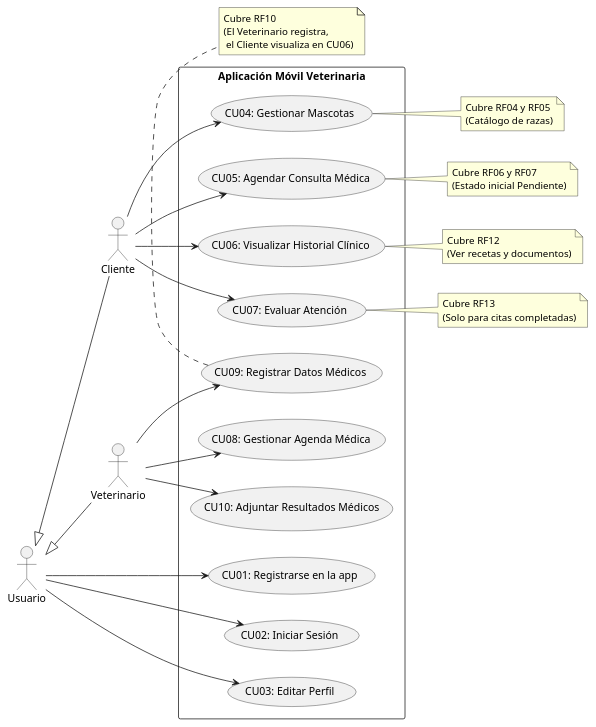
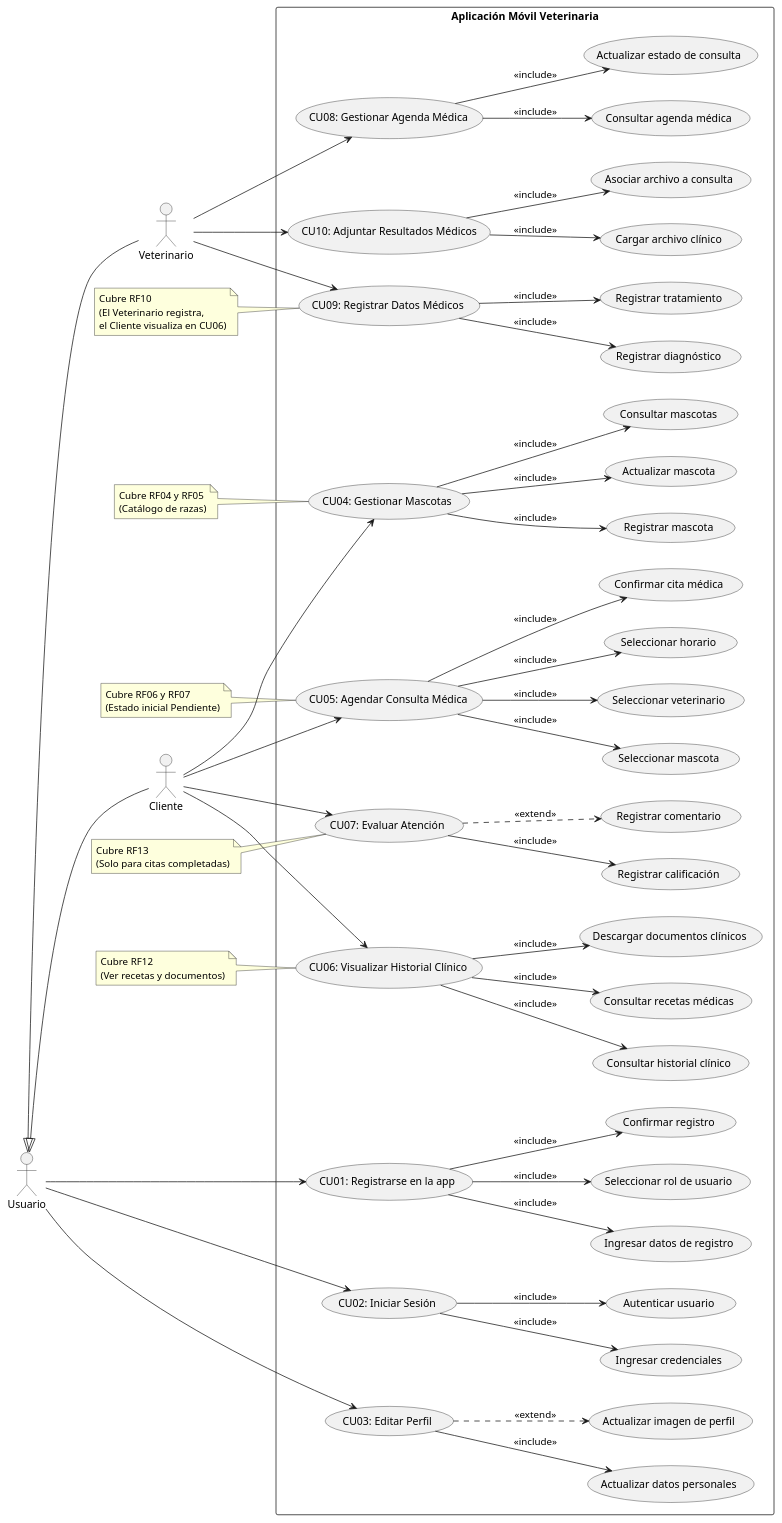
One commit to W1llpr0/prograMovil changed the diagram in use_cases_schema.puml. Above: the diagram before and after it, drawn with PlantUML.

Commit message:
diagrama caso de uso

```diff
--- a/use_cases_schema.puml
+++ b/use_cases_schema.puml
@@ -1,55 +1,145 @@
 @startuml
 left to right direction
 skinparam packageStyle rectangle
 
-' Definición de Actores
 actor "Usuario" as user
 actor "Cliente" as client
 actor "Veterinario" as vet
 
-' Herencia de Actores (Cliente y Veterinario son Usuarios)
 client -up-|> user
 vet -up-|> user
 
-' Sistema / Aplicación
 rectangle "Aplicación Móvil Veterinaria" {
   
-  ' Casos de Uso Comunes (Usuario general)
   usecase "CU01: Registrarse en la app" as UC1
   usecase "CU02: Iniciar Sesión" as UC2
   usecase "CU03: Editar Perfil" as UC3
   
-  ' Casos de Uso del Cliente
   usecase "CU04: Gestionar Mascotas" as UC4
   usecase "CU05: Agendar Consulta Médica" as UC5
   usecase "CU06: Visualizar Historial Clínico" as UC6
   usecase "CU07: Evaluar Atención" as UC7
   
-  ' Casos de Uso del Veterinario
   usecase "CU08: Gestionar Agenda Médica" as UC8
   usecase "CU09: Registrar Datos Médicos" as UC9
   usecase "CU10: Adjuntar Resultados Médicos" as UC10
+
+  ' ===== Subprocesos =====
+
+  usecase "Ingresar datos de registro" as F1
+  usecase "Seleccionar rol de usuario" as F2
+  usecase "Confirmar registro" as F3
+
+  usecase "Ingresar credenciales" as L1
+  usecase "Autenticar usuario" as L2
+
+  usecase "Actualizar datos personales" as E1
+  usecase "Actualizar imagen de perfil" as E2
+
+  usecase "Registrar mascota" as M1
+  usecase "Actualizar mascota" as M2
+  usecase "Consultar mascotas" as M3
+
+  usecase "Seleccionar mascota" as SM
+  usecase "Seleccionar veterinario" as SV
+  usecase "Seleccionar horario" as SH
+  usecase "Confirmar cita médica" as SC
+
+  usecase "Consultar historial clínico" as H1
+  usecase "Consultar recetas médicas" as VR
+  usecase "Descargar documentos clínicos" as DD
+
+  usecase "Registrar calificación" as C1
+  usecase "Registrar comentario" as C2
+
+  usecase "Consultar agenda médica" as A1
+  usecase "Actualizar estado de consulta" as A2
+
+  usecase "Registrar diagnóstico" as D1
+  usecase "Registrar tratamiento" as D2
+
+  usecase "Cargar archivo clínico" as R1
+  usecase "Asociar archivo a consulta" as R2
 }
 
-' Relaciones entre Actores y Casos de Uso
+' ===== Actores =====
+
 user --> UC1
 user --> UC2
 user --> UC3
 
 client --> UC4
 client --> UC5
 client --> UC6
 client --> UC7
 
 vet --> UC8
 vet --> UC9
 vet --> UC10
 
-' Notas de relación con los Requerimientos Funcionales
-note right of UC4 : Cubre RF04 y RF05\n(Catálogo de razas)
-note right of UC5 : Cubre RF06 y RF07\n(Estado inicial Pendiente)
-note right of UC6 : Cubre RF12\n(Ver recetas y documentos)
-note right of UC7 : Cubre RF13\n(Solo para citas completadas)
-note bottom of UC9 : Cubre RF10\n(El Veterinario registra,\n el Cliente visualiza en CU06)
+' ===== RELACIONES =====
+
+UC1 --> F1 : <<include>>
+UC1 --> F2 : <<include>>
+UC1 --> F3 : <<include>>
+
+UC2 --> L1 : <<include>>
+UC2 --> L2 : <<include>>
+
+UC3 --> E1 : <<include>>
+UC3 ..> E2 : <<extend>>
+
+UC4 --> M1 : <<include>>
+UC4 --> M2 : <<include>>
+UC4 --> M3 : <<include>>
+
+UC5 --> SM : <<include>>
+UC5 --> SV : <<include>>
+UC5 --> SH : <<include>>
+UC5 --> SC : <<include>>
+
+UC6 --> H1 : <<include>>
+UC6 --> VR : <<include>>
+UC6 --> DD : <<include>>
+
+UC7 --> C1 : <<include>>
+UC7 ..> C2 : <<extend>>
+
+UC8 --> A1 : <<include>>
+UC8 --> A2 : <<include>>
+
+UC9 --> D1 : <<include>>
+UC9 --> D2 : <<include>>
+
+UC10 --> R1 : <<include>>
+UC10 --> R2 : <<include>>
+
+' ===== NOTAS RF =====
+
+note left of UC4
+Cubre RF04 y RF05
+(Catálogo de razas)
+end note
+
+note left of UC5
+Cubre RF06 y RF07
+(Estado inicial Pendiente)
+end note
+
+note left of UC6
+Cubre RF12
+(Ver recetas y documentos)
+end note
+
+note left of UC7
+Cubre RF13
+(Solo para citas completadas)
+end note
+
+note left of UC9
+Cubre RF10
+(El Veterinario registra,
+el Cliente visualiza en CU06)
+end note
 
 @enduml
```
